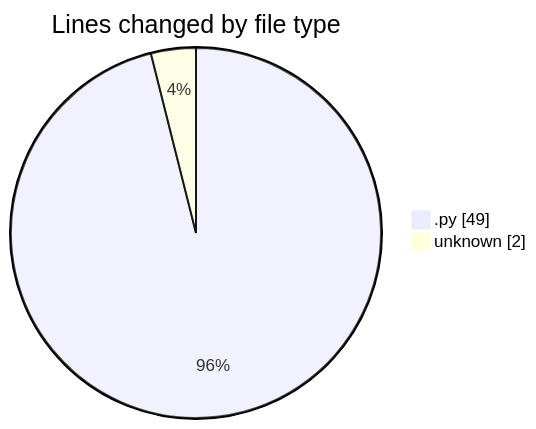
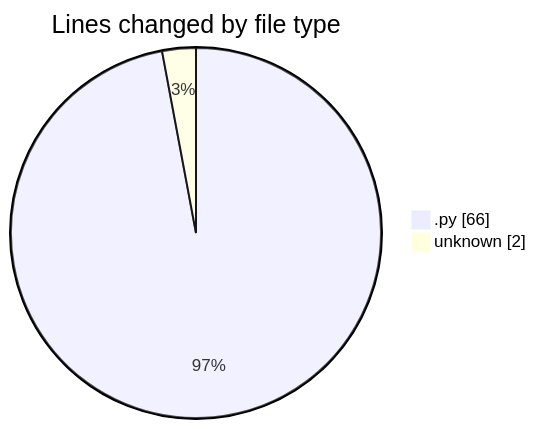
The first of 2 diagrams in 2025-01-21/monteur_automatique/README.md (CELIANVF/code-tracking), drawn with Mermaid before and after one commit. The commit also changed other lines of this file and 1 other file, not shown here.

````diff
--- a/2025-01-21/monteur_automatique/README.md
+++ b/2025-01-21/monteur_automatique/README.md
@@ -23,6 +23,6 @@
 ```mermaid
 pie showData
 title Lines changed by file type
-".py" : 49
+".py" : 66
 "unknown" : 2
 ```
````
